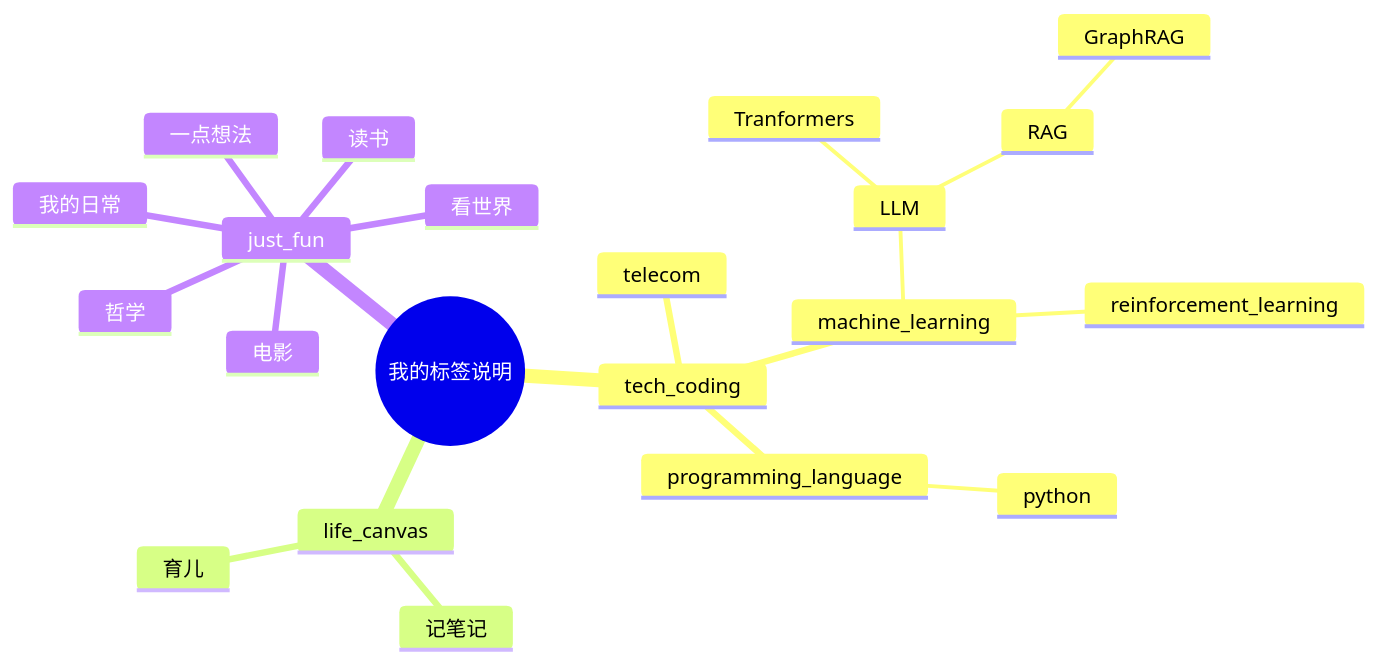
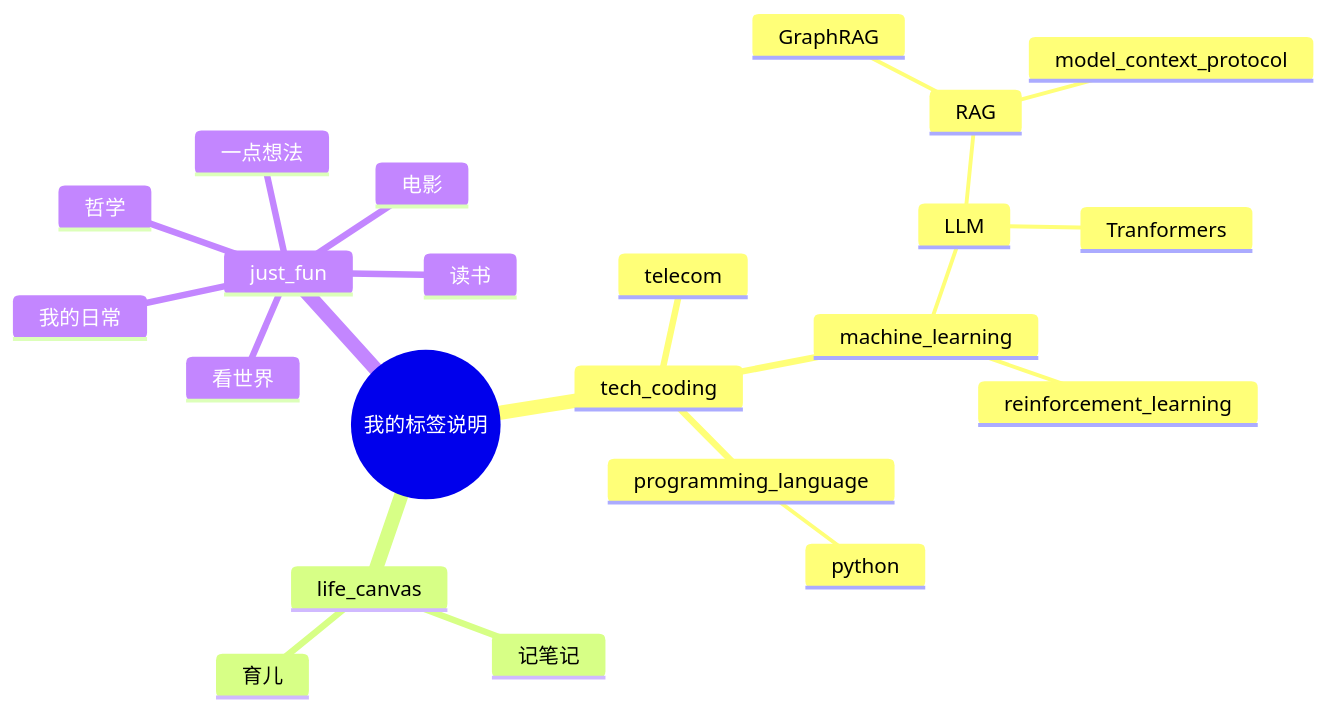
The diagram in tags.md (jovialchen/taomu), drawn with Mermaid before and after one commit. The commit also changed 2 other files, not shown here.

```diff
--- a/tags.md
+++ b/tags.md
@@ -16,24 +16,25 @@
 <pre class="mermaid">
 mindmap
   root((我的标签说明))
     tech_coding
       telecom
       machine_learning
         LLM
           Tranformers
           RAG
             GraphRAG
+            model_context_protocol
         reinforcement_learning
       programming_language
         python
     life_canvas
       记笔记
       育儿
     just_fun
       读书
       电影
       哲学
       看世界
       我的日常
       一点想法
 </pre>
```
